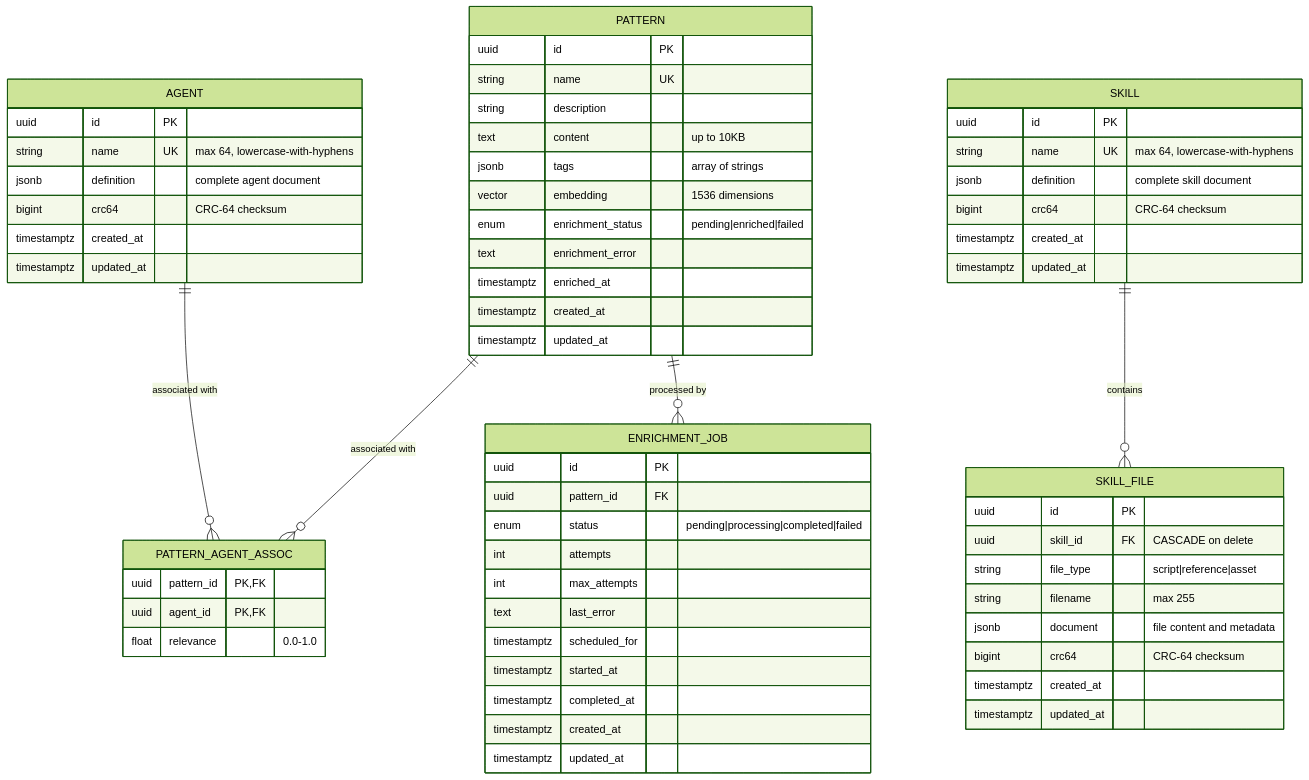
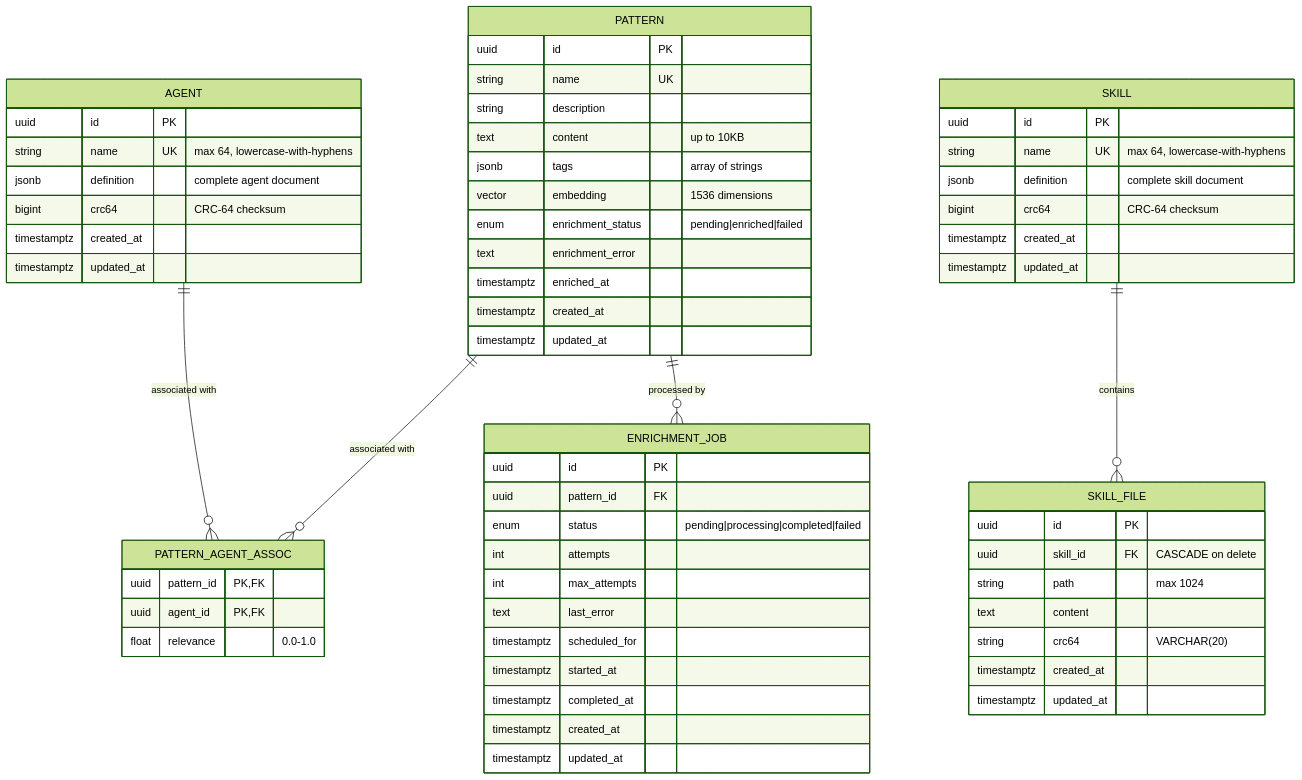
Before and after one commit to twistingmercury/mnemonic-mcp: the second of 14 diagrams in docs/architecture/04-data-architecture.md, drawn with Mermaid (forest theme). The commit also changed 8 other files, not shown here.

````diff
--- a/docs/architecture/04-data-architecture.md
+++ b/docs/architecture/04-data-architecture.md
@@ -168,70 +168,69 @@
 ```mermaid
 erDiagram
     AGENT ||--o{ PATTERN_AGENT_ASSOC : "associated with"
     PATTERN ||--o{ PATTERN_AGENT_ASSOC : "associated with"
     PATTERN ||--o{ ENRICHMENT_JOB : "processed by"
     SKILL ||--o{ SKILL_FILE : "contains"
 
     AGENT {
         uuid id PK
         string name UK "max 64, lowercase-with-hyphens"
         jsonb definition "complete agent document"
         bigint crc64 "CRC-64 checksum"
         timestamptz created_at
         timestamptz updated_at
     }
 
     PATTERN {
         uuid id PK
         string name UK
         string description
         text content "up to 10KB"
         jsonb tags "array of strings"
         vector embedding "1536 dimensions"
         enum enrichment_status "pending|enriched|failed"
         text enrichment_error
         timestamptz enriched_at
         timestamptz created_at
         timestamptz updated_at
     }
 
     PATTERN_AGENT_ASSOC {
         uuid pattern_id PK,FK
         uuid agent_id PK,FK
         float relevance "0.0-1.0"
     }
 
     ENRICHMENT_JOB {
         uuid id PK
         uuid pattern_id FK
         enum status "pending|processing|completed|failed"
         int attempts
         int max_attempts
         text last_error
         timestamptz scheduled_for
         timestamptz started_at
         timestamptz completed_at
         timestamptz created_at
         timestamptz updated_at
     }
 
     SKILL {
         uuid id PK
         string name UK "max 64, lowercase-with-hyphens"
         jsonb definition "complete skill document"
         bigint crc64 "CRC-64 checksum"
         timestamptz created_at
         timestamptz updated_at
     }
 
     SKILL_FILE {
         uuid id PK
         uuid skill_id FK "CASCADE on delete"
-        string file_type "script|reference|asset"
-        string filename "max 255"
-        jsonb document "file content and metadata"
-        bigint crc64 "CRC-64 checksum"
+        string path "max 1024"
+        text content
+        string crc64 "VARCHAR(20)"
         timestamptz created_at
         timestamptz updated_at
     }
 ```
````
